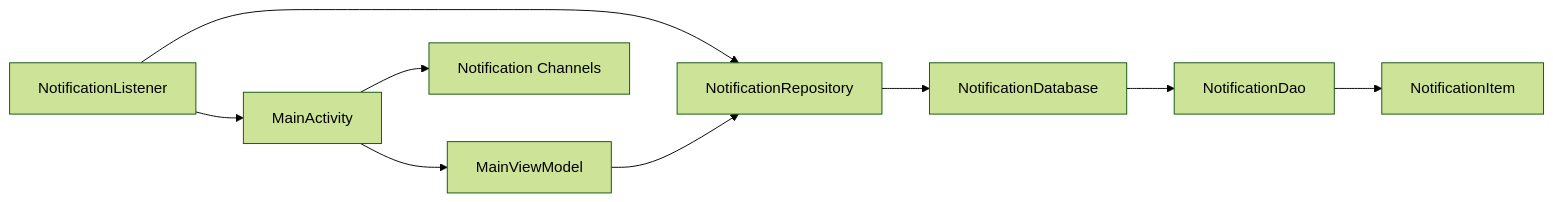
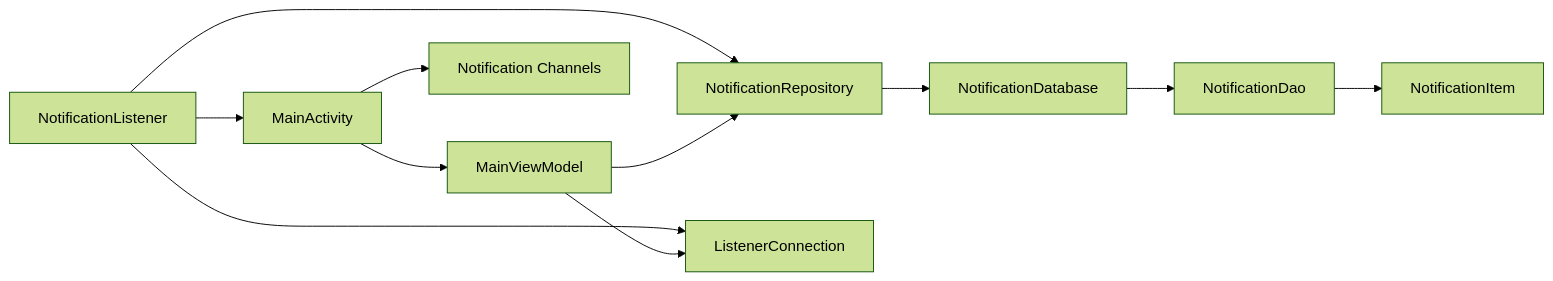
One commit to caldefoc/NotificationLog changed the ninth of 9 diagrams in .qoder/repowiki/en/content/API Reference/Service API.md. Above: the diagram before and after it, drawn with Mermaid (forest theme). The commit also changed other lines of this file and 13 other files, not shown here.

Commit message:
docs(repowiki): regenerate the project wiki for 1.2  Adds Search and Bulk Operations under Core Features and splits the single Service Layer page into a directory with a Connection State Management child page. No content is dropped; the old flat page is superseded in place.

````diff
--- a/.qoder/repowiki/en/content/API Reference/Service API.md
+++ b/.qoder/repowiki/en/content/API Reference/Service API.md
@@ -380,11 +497,13 @@
 ```mermaid
 graph LR
 Service["NotificationListener"] --> Repo["NotificationRepository"]
+Service --> Conn["ListenerConnection"]
 Repo --> DB["NotificationDatabase"]
 DB --> DAO["NotificationDao"]
 DAO --> Item["NotificationItem"]
 UI["MainActivity"] --> VM["MainViewModel"]
 VM --> Repo
+VM --> Conn
 Service --> UI
 UI --> Channels["Notification Channels"]
 ```
````
